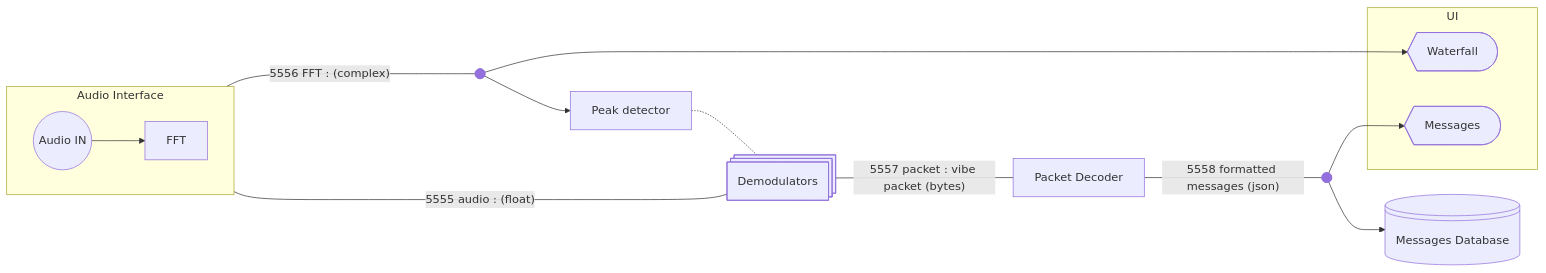
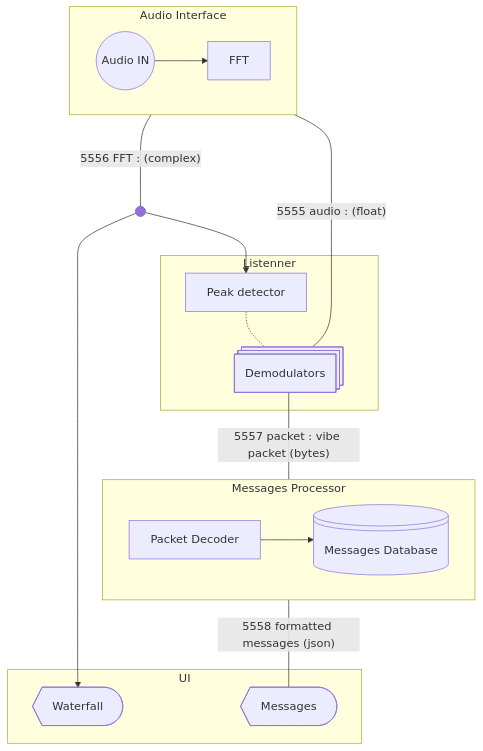
Before and after one commit to BimBim134/vibe-audioModem: the first of 2 diagrams in research/architecture_diagram.md, drawn with Mermaid.

Commit message:
receiver stack designed

````diff
--- a/research/architecture_diagram.md
+++ b/research/architecture_diagram.md
@@ -4,30 +4,37 @@
 ```mermaid
-flowchart LR
+flowchart TD
 PD[Peak detector]
 DM@{shape: procs, label: "Demodulators"}
 P2B[Packet Decoder]
 DB@{ shape: lin-cyl, label: "Messages Database"}
 
 subgraph UI
 Waterfall@{ shape: curv-trap, label: "Waterfall"}
 Messages@{ shape: curv-trap, label: "Messages"}
 end
 
 subgraph AI[Audio Interface]
 direction LR
 IN@{ shape: circle, label: "Audio IN"}
 FFT
 end
 
+subgraph MP[Messages Processor]
+direction LR
+P2B --> DB
+end
+
+subgraph LST[Listenner]
+PD -.- DM
+end
+
 FFT_data@{ shape: f-circ}
-MESSAGES_data@{ shape: f-circ}
 
 AI ---|"5555 audio : (float)"| DM
 AI ----|"5556 FFT : (complex)"| FFT_data --> PD
-DM  ---|"5557 packet : vibe packet (bytes)"| P2B
-P2B ---|"5558 formatted messages (json)"| MESSAGES_data --> Messages & DB
+DM  ---|"5557 packet : vibe packet (bytes)"| MP
+MP ---|"5558 formatted messages (json)"| Messages
 
 IN --> FFT
 FFT_data --> Waterfall
-PD -.- DM
 ```
````
